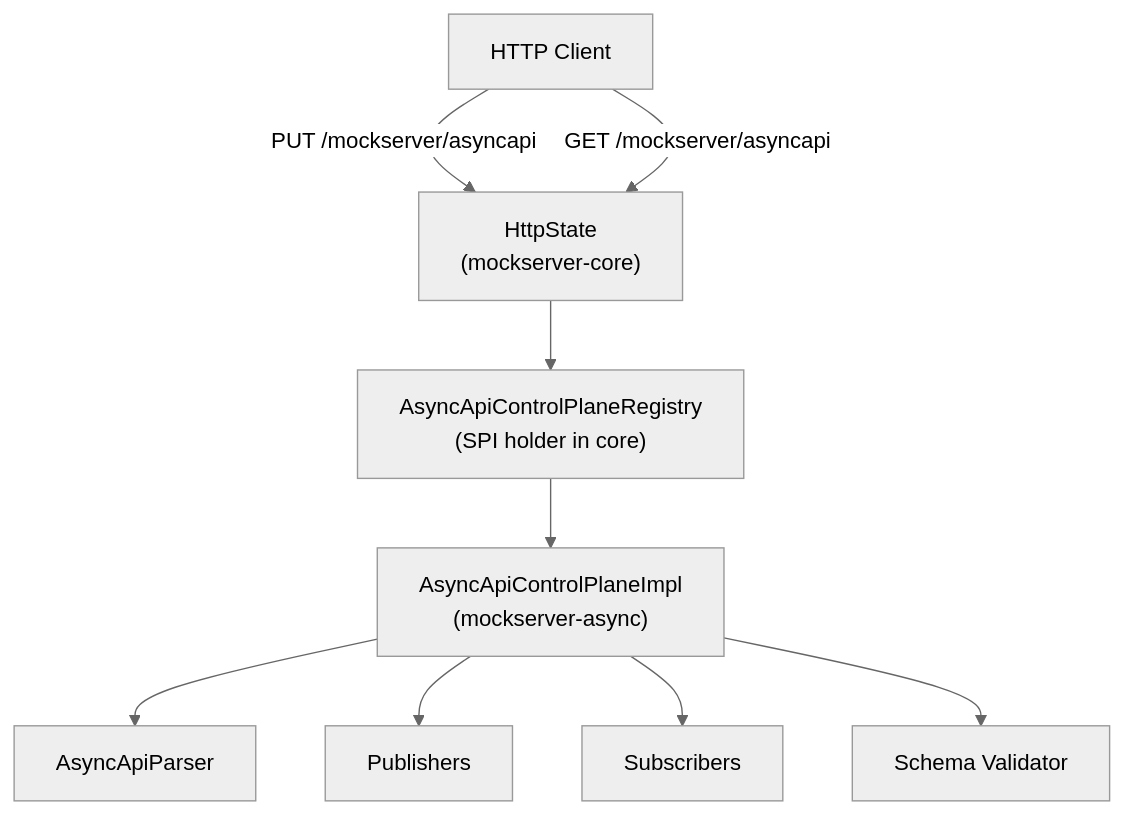
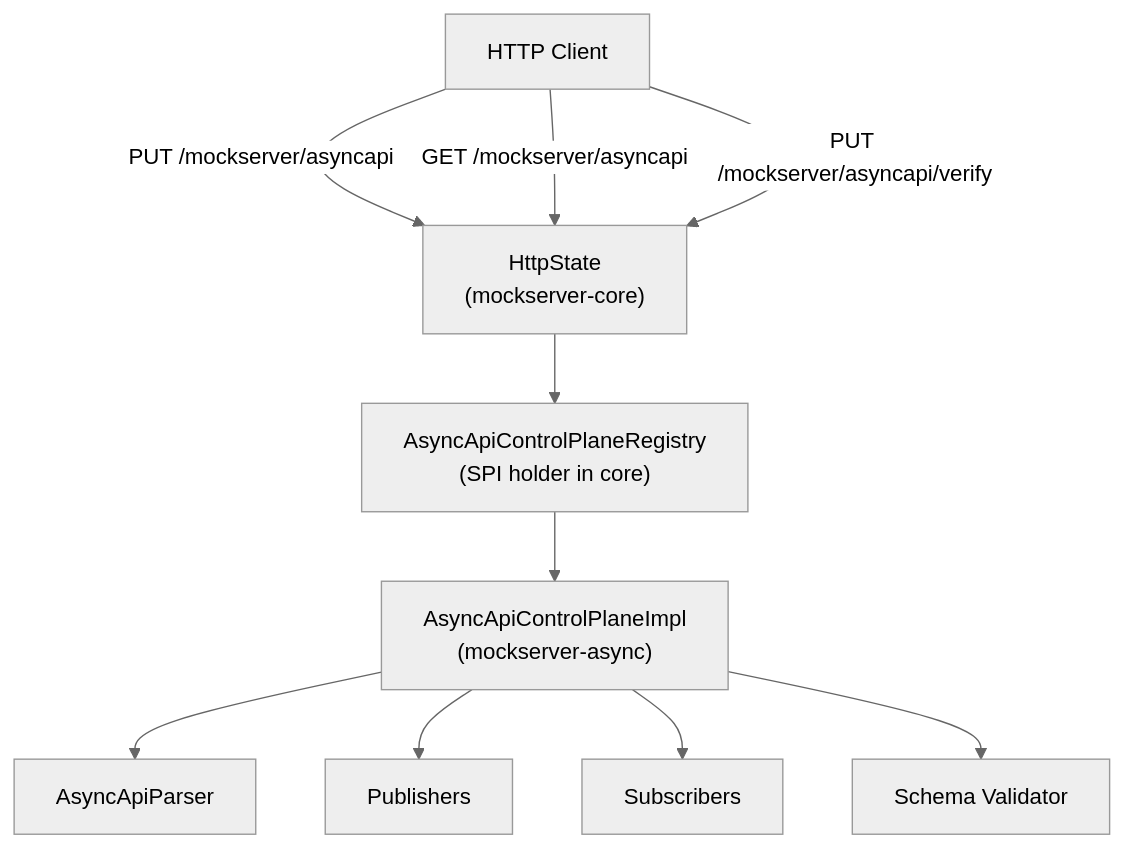
The second of 2 diagrams in docs/code/async-messaging.md (sean8601/mockserver-monorepo), drawn with Mermaid (neutral theme) before and after one commit. The commit also changed other lines of this file and 6 other files, not shown here.

First line of the commit message:
feat(async): message verification endpoint PUT /mockserver/asyncapi/verify (G4)

````diff
--- a/docs/code/async-messaging.md
+++ b/docs/code/async-messaging.md
@@ -24,11 +24,12 @@
 ```mermaid
 flowchart TD
     Client["HTTP Client"] -->|PUT /mockserver/asyncapi| HS["HttpState\n(mockserver-core)"]
     Client -->|GET /mockserver/asyncapi| HS
+    Client -->|PUT /mockserver/asyncapi/verify| HS
     HS --> REG["AsyncApiControlPlaneRegistry\n(SPI holder in core)"]
     REG --> IMPL["AsyncApiControlPlaneImpl\n(mockserver-async)"]
     IMPL --> Parser["AsyncApiParser"]
     IMPL --> Pub["Publishers"]
     IMPL --> Sub["Subscribers"]
     IMPL --> Val["Schema Validator"]
 ```
````
